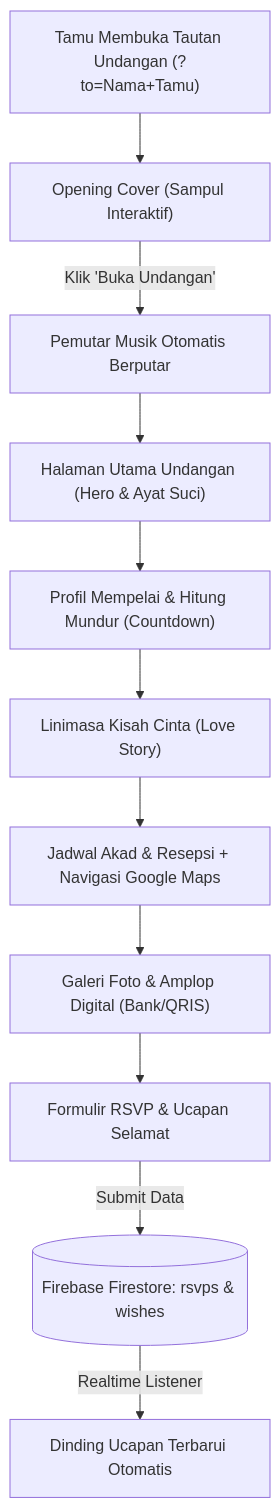
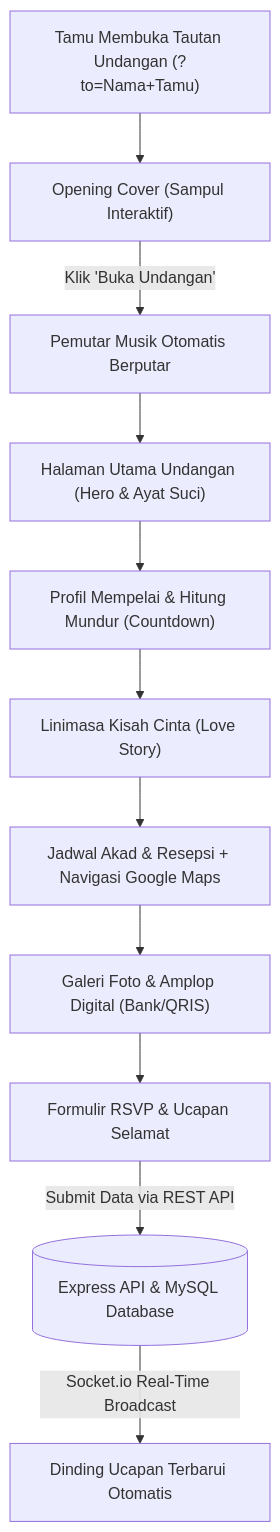
Before and after one commit to hndko/app_weddingbetawi_react: the first of 2 diagrams in README.md, drawn with Mermaid. The commit also changed other lines of this file and 39 other files, not shown here.

````diff
--- a/README.md
+++ b/README.md
@@ -88,13 +91,13 @@
 ```mermaid
 graph TD
     A["Tamu Membuka Tautan Undangan (?to=Nama+Tamu)"] --> B["Opening Cover (Sampul Interaktif)"]
     B -->|"Klik 'Buka Undangan'"| C["Pemutar Musik Otomatis Berputar"]
     C --> D["Halaman Utama Undangan (Hero & Ayat Suci)"]
     D --> E["Profil Mempelai & Hitung Mundur (Countdown)"]
     E --> F["Linimasa Kisah Cinta (Love Story)"]
     F --> G["Jadwal Akad & Resepsi + Navigasi Google Maps"]
     G --> H["Galeri Foto & Amplop Digital (Bank/QRIS)"]
     H --> I["Formulir RSVP & Ucapan Selamat"]
-    I -->|"Submit Data"| J[("Firebase Firestore: rsvps & wishes")]
-    J -->|"Realtime Listener"| K["Dinding Ucapan Terbarui Otomatis"]
+    I -->|"Submit Data via REST API"| J[("Express API & MySQL Database")]
+    J -->|"Socket.io Real-Time Broadcast"| K["Dinding Ucapan Terbarui Otomatis"]
 ```
````
